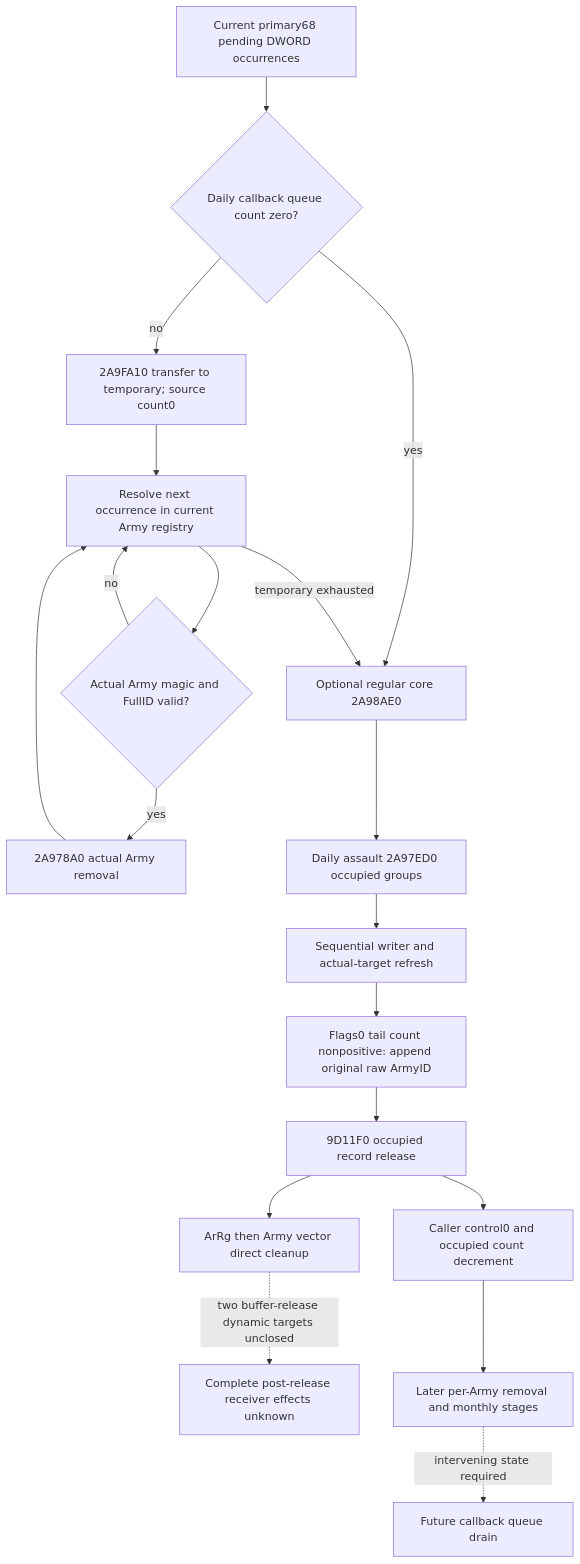
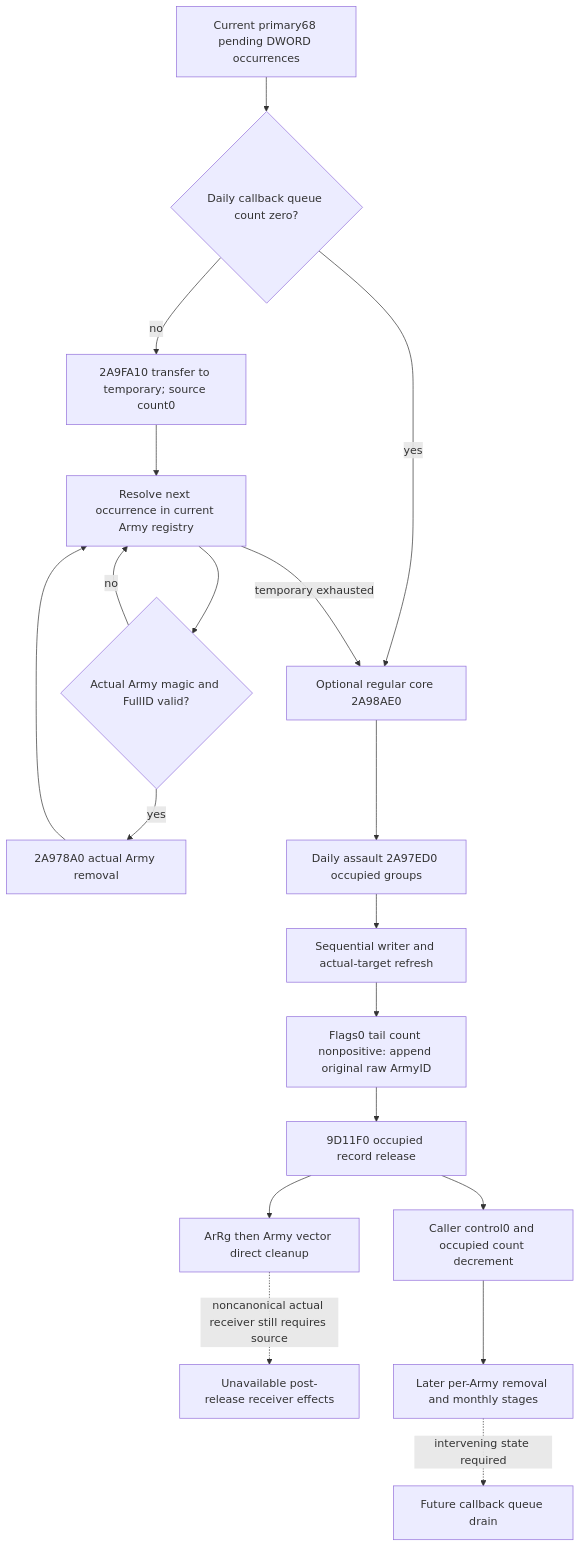
Before and after one commit to XenoAmess/ck3_eternal_recurrence: the first of 2 diagrams in docs/ck3-native-ai/army-daily-assault-queue-release-12003.md, drawn with Mermaid. The commit also changed other lines of this file, not shown here.

Commit message:
Close canonical assault record buffer release callbacks

````diff
--- a/docs/ck3-native-ai/army-daily-assault-queue-release-12003.md
+++ b/docs/ck3-native-ai/army-daily-assault-queue-release-12003.md
@@ -21,21 +21,21 @@
 ```mermaid
 flowchart TD
   Q[Current primary68 pending DWORD occurrences] --> E{Daily callback queue count zero?}
   E -->|no| T[2A9FA10 transfer to temporary; source count0]
   T --> I[Resolve next occurrence in current Army registry]
   I --> V{Actual Army magic and FullID valid?}
   V -->|no| I
   V -->|yes| R[2A978A0 actual Army removal]
   R --> I
   E -->|yes| C[Optional regular core 2A98AE0]
   I -->|temporary exhausted| C
   C --> A[Daily assault 2A97ED0 occupied groups]
   A --> P[Sequential writer and actual-target refresh]
   P --> N[Flags0 tail count nonpositive: append original raw ArmyID]
   N --> G[9D11F0 occupied record release]
   G --> RV[ArRg then Army vector direct cleanup]
-  RV -. two buffer-release dynamic targets unclosed .-> U[Complete post-release receiver effects unknown]
+  RV -. noncanonical actual receiver still requires source .-> U[Unavailable post-release receiver effects]
   G --> O[Caller control0 and occupied count decrement]
   O --> L[Later per-Army removal and monthly stages]
   L -. intervening state required .-> D[Future callback queue drain]
 ```
````
